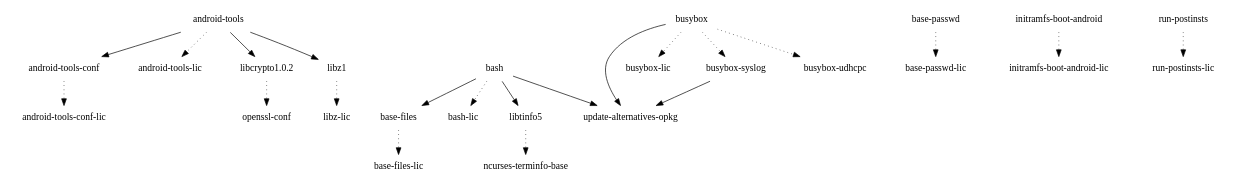
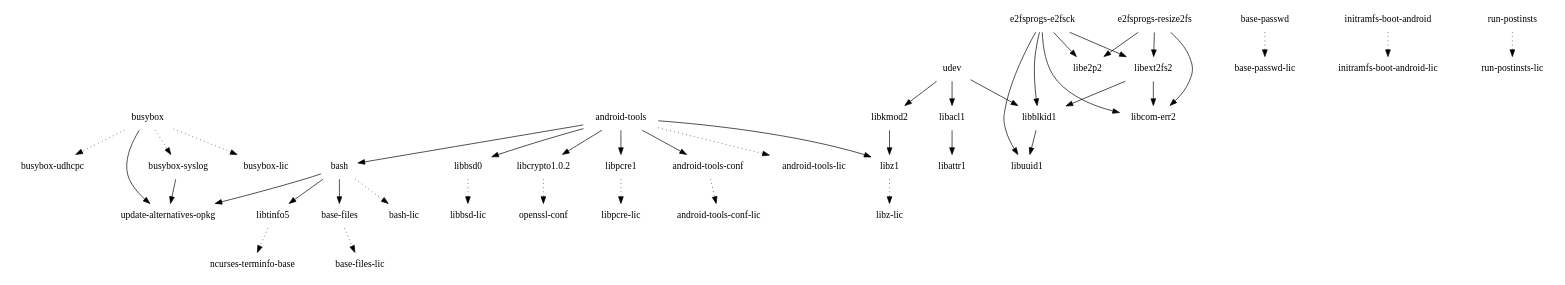
One commit to webOS-ports/buildhistory changed the diagram in images/hammerhead/glibc/initramfs-android-image/depends-nokernel-nolibc.dot. Above: the diagram before and after it, drawn with Graphviz. The commit also changed 23 other files, not shown here.

```diff
--- a/images/hammerhead/glibc/initramfs-android-image/depends-nokernel-nolibc.dot
+++ b/images/hammerhead/glibc/initramfs-android-image/depends-nokernel-nolibc.dot
@@ -1,24 +1,45 @@
 digraph depends {
     node [shape=plaintext]
 "android-tools" -> "android-tools-conf"
 "android-tools" -> "android-tools-lic" [style=dotted]
+"android-tools" -> "bash"
 "android-tools-conf" -> "android-tools-conf-lic" [style=dotted]
+"android-tools" -> "libbsd0"
 "android-tools" -> "libcrypto1.0.2"
+"android-tools" -> "libpcre1"
 "android-tools" -> "libz1"
 "base-files" -> "base-files-lic" [style=dotted]
 "base-passwd" -> "base-passwd-lic" [style=dotted]
 "bash" -> "base-files"
 "bash" -> "bash-lic" [style=dotted]
 "bash" -> "libtinfo5"
 "bash" -> "update-alternatives-opkg"
 "busybox" -> "busybox-lic" [style=dotted]
 "busybox" -> "busybox-syslog" [style=dotted]
 "busybox" -> "busybox-udhcpc" [style=dotted]
 "busybox-syslog" -> "update-alternatives-opkg"
 "busybox" -> "update-alternatives-opkg"
+"e2fsprogs-e2fsck" -> "libblkid1"
+"e2fsprogs-e2fsck" -> "libcom-err2"
+"e2fsprogs-e2fsck" -> "libe2p2"
+"e2fsprogs-e2fsck" -> "libext2fs2"
+"e2fsprogs-e2fsck" -> "libuuid1"
+"e2fsprogs-resize2fs" -> "libcom-err2"
+"e2fsprogs-resize2fs" -> "libe2p2"
+"e2fsprogs-resize2fs" -> "libext2fs2"
 "initramfs-boot-android" -> "initramfs-boot-android-lic" [style=dotted]
+"libacl1" -> "libattr1"
+"libblkid1" -> "libuuid1"
+"libbsd0" -> "libbsd-lic" [style=dotted]
 "libcrypto1.0.2" -> "openssl-conf" [style=dotted]
+"libext2fs2" -> "libblkid1"
+"libext2fs2" -> "libcom-err2"
+"libkmod2" -> "libz1"
+"libpcre1" -> "libpcre-lic" [style=dotted]
 "libtinfo5" -> "ncurses-terminfo-base" [style=dotted]
 "libz1" -> "libz-lic" [style=dotted]
 "run-postinsts" -> "run-postinsts-lic" [style=dotted]
+"udev" -> "libacl1"
+"udev" -> "libblkid1"
+"udev" -> "libkmod2"
 }
```
